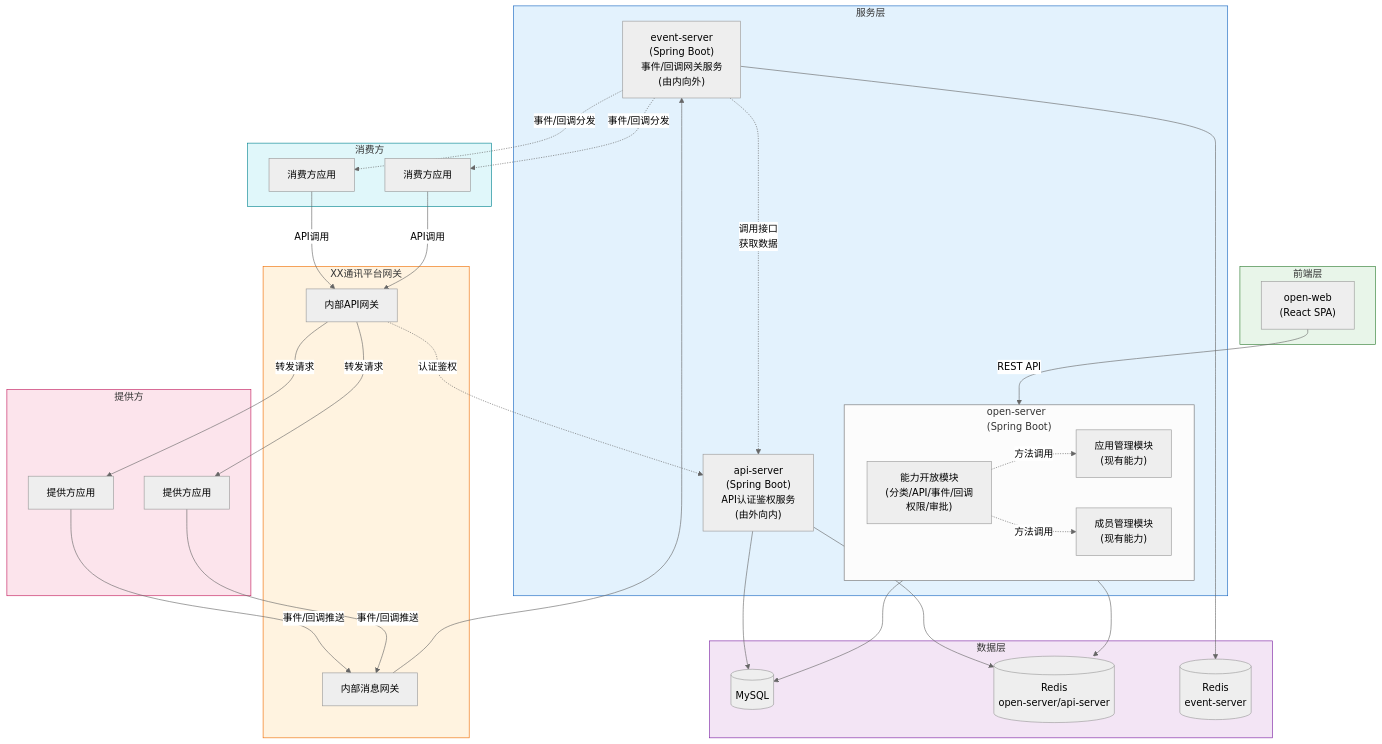
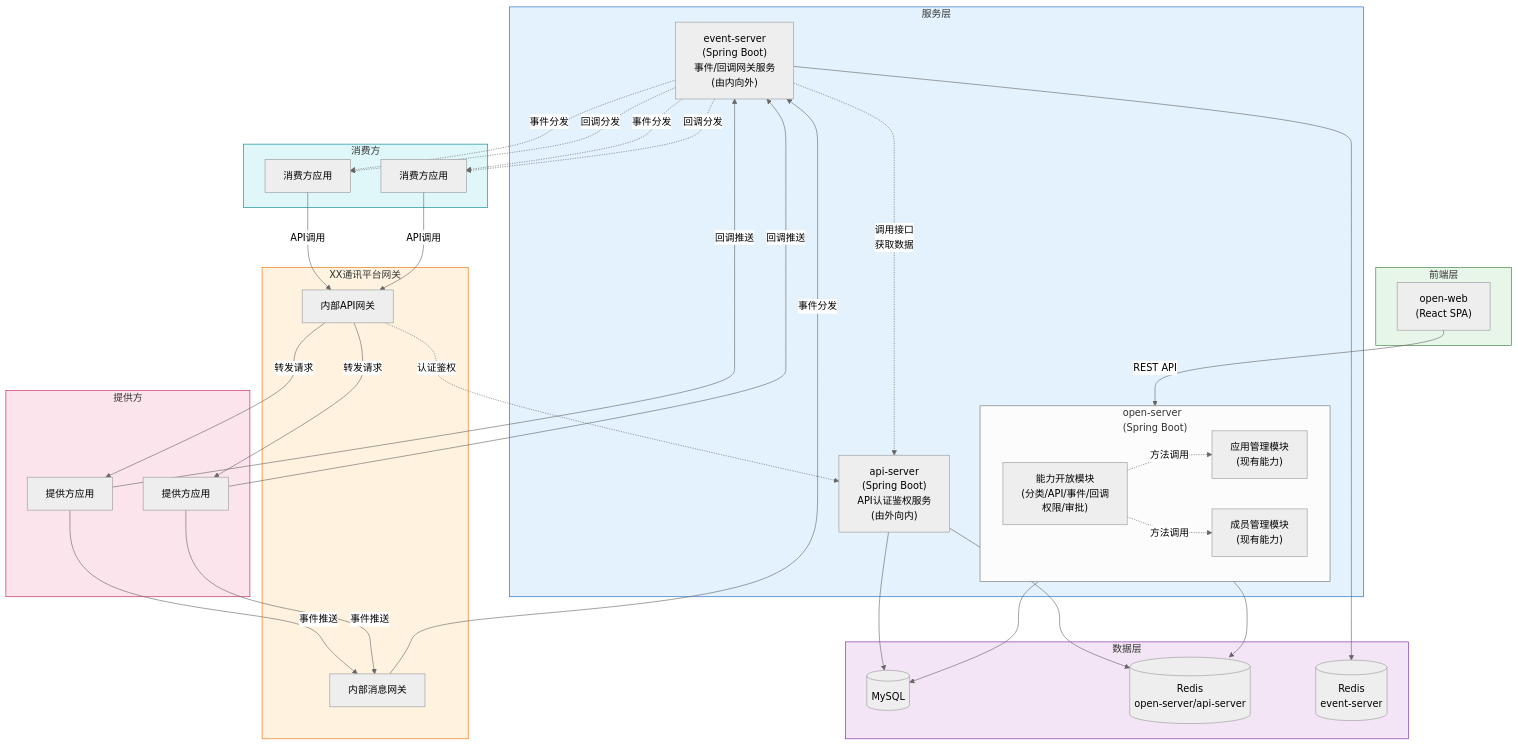
The sixth of 8 diagrams in .sddu/specs-tree-root/specs-tree-capability-open-platform/plan.md (THZSummer/open-app), drawn with Mermaid (neutral theme) before and after one commit. The commit also changed other lines of this file, not shown here.

````diff
--- a/.sddu/specs-tree-root/specs-tree-capability-open-platform/plan.md
+++ b/.sddu/specs-tree-root/specs-tree-capability-open-platform/plan.md
@@ -407,75 +407,81 @@
 ```mermaid
 graph TB
     subgraph Frontend["前端层"]
         OpenWeb["open-web\n(React SPA)"]
     end
     
     subgraph Services["服务层"]
         subgraph OpenServer["open-server\n(Spring Boot)"]
             CapMgmt["能力开放模块\n(分类/API/事件/回调\n权限/审批)"]
             AppMgmt["应用管理模块\n(现有能力)"]
             Member["成员管理模块\n(现有能力)"]
         end
         ApiServer["api-server\n(Spring Boot)\nAPI认证鉴权服务\n(由外向内)"]
         EventServer["event-server\n(Spring Boot)\n事件/回调网关服务\n(由内向外)"]
     end
     
     subgraph DataLayer["数据层"]
         MySQL[(MySQL)]
         Redis1[(Redis\nopen-server/api-server)]
         Redis2[(Redis\nevent-server)]
     end
     
     subgraph PlatformGW["XX通讯平台网关"]
         ApiGW["内部API网关"]
         MsgGW["内部消息网关"]
     end
     
     subgraph Consumers["消费方"]
         Consumer1["消费方应用"]
         Consumer2["消费方应用"]
     end
     
     subgraph Providers["提供方"]
         Provider1["提供方应用"]
         Provider2["提供方应用"]
     end
     
     %% 前端直接连接管理服务
     OpenWeb -->|REST API| OpenServer
     
     %% open-server 内部模块调用
     CapMgmt -.->|方法调用| AppMgmt
     CapMgmt -.->|方法调用| Member
     
     %% open-server 和 api-server 访问数据层
     OpenServer --> MySQL
     OpenServer --> Redis1
     ApiServer --> MySQL
     ApiServer --> Redis1
     
     %% event-server 有独立 Redis，无数据库，通过 api-server 获取数据
     EventServer --> Redis2
     EventServer -.->|调用接口\n获取数据| ApiServer
     
     %% API调用流程：消费方 -> 内部API网关 -> api-server认证鉴权 -> 提供方
     Consumer1 -->|API调用| ApiGW
     Consumer2 -->|API调用| ApiGW
     ApiGW -.->|认证鉴权| ApiServer
     ApiGW -->|转发请求| Provider1
     ApiGW -->|转发请求| Provider2
     
-    %% 事件/回调推送流程：提供方 -> 内部消息网关 -> event-server -> 消费方
-    Provider1 -->|事件/回调推送| MsgGW
-    Provider2 -->|事件/回调推送| MsgGW
-    MsgGW --> EventServer
-    EventServer -.->|事件/回调分发| Consumer1
-    EventServer -.->|事件/回调分发| Consumer2
+    %% 事件推送流程：提供方 -> 内部消息网关 -> event-server -> 消费方
+    Provider1 -->|事件推送| MsgGW
+    Provider2 -->|事件推送| MsgGW
+    MsgGW -->|事件分发| EventServer
+    EventServer -.->|事件分发| Consumer1
+    EventServer -.->|事件分发| Consumer2
+    
+    %% 回调推送流程：提供方 -> event-server -> 消费方（不经内部消息网关）
+    Provider1 -->|回调推送| EventServer
+    Provider2 -->|回调推送| EventServer
+    EventServer -.->|回调分发| Consumer1
+    EventServer -.->|回调分发| Consumer2
     
     style Frontend fill:#e8f5e9,stroke:#2e7d32
     style Services fill:#e3f2fd,stroke:#1565c0
     style DataLayer fill:#f3e5f5,stroke:#7b1fa2
     style PlatformGW fill:#fff3e0,stroke:#ef6c00
     style Consumers fill:#e0f7fa,stroke:#00838f
     style Providers fill:#fce4ec,stroke:#c2185b
 ```
````
